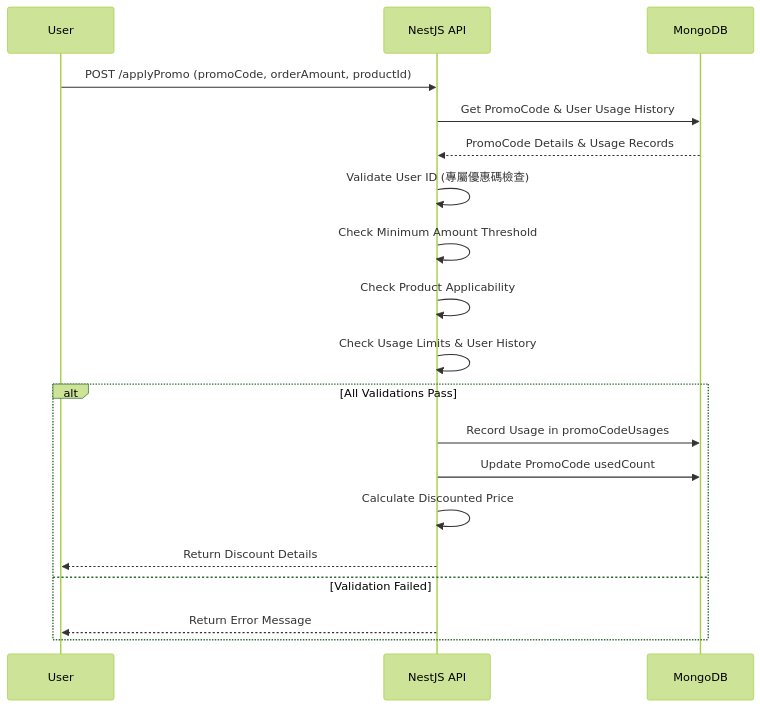
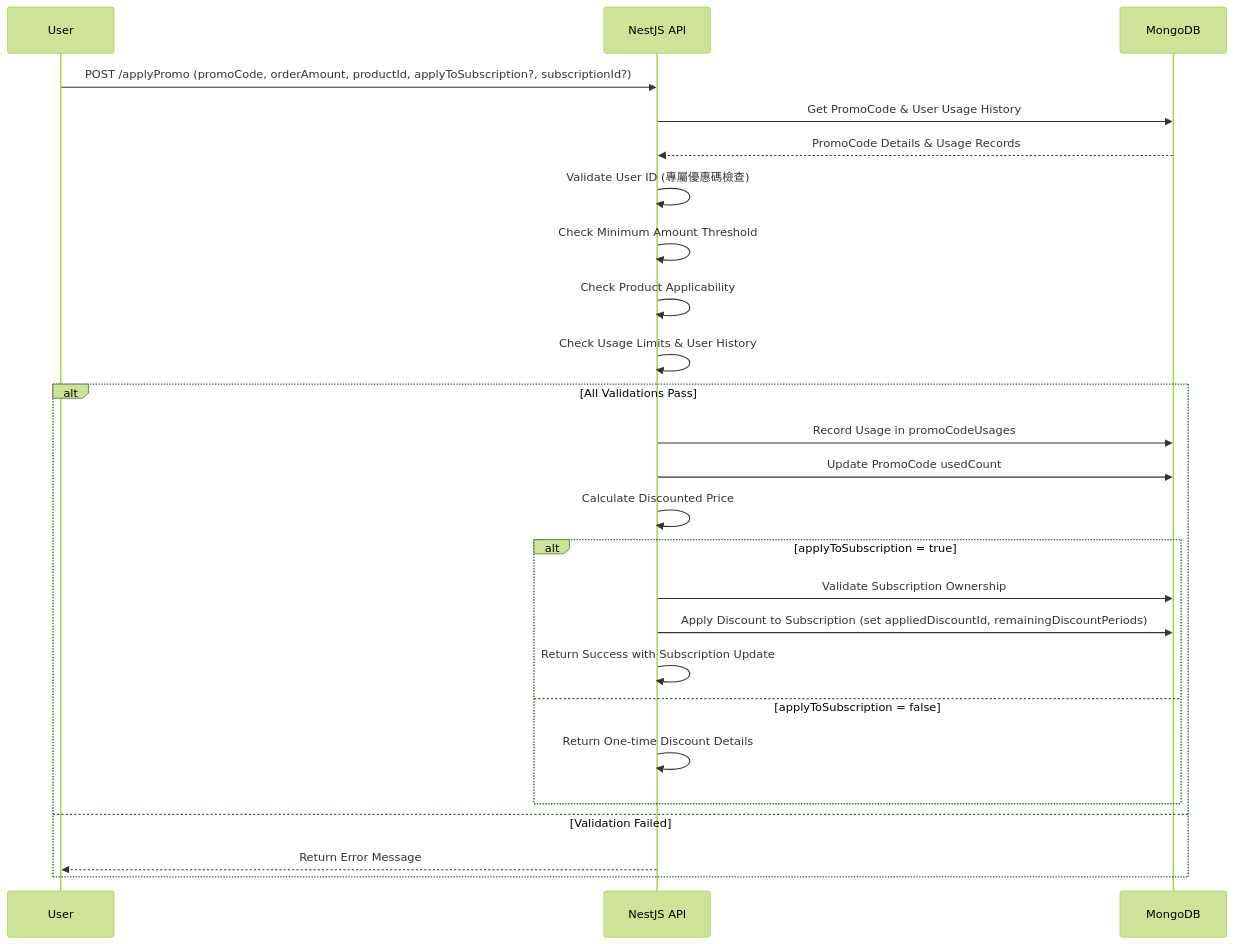
The tenth of 10 diagrams in docs/docs_0_7/billingBot_v0.7.1_system_design.markdown (xxxhand/auto-billing-bot), drawn with Mermaid (forest theme) before and after one commit. The commit also changed other lines of this file and 16 other files, not shown here.

First line of the commit message:
feat: implement API-014 POST /promoCodes/applyPromo with subscription discount support

````diff
--- a/docs/docs_0_7/billingBot_v0.7.1_system_design.markdown
+++ b/docs/docs_0_7/billingBot_v0.7.1_system_design.markdown
@@ -720,22 +762,28 @@
 ```mermaid
 sequenceDiagram
     participant User
     participant API as NestJS API
     participant DB as MongoDB
 
-    User->>API: POST /applyPromo (promoCode, orderAmount, productId)
+    User->>API: POST /applyPromo (promoCode, orderAmount, productId, applyToSubscription?, subscriptionId?)
     API->>DB: Get PromoCode & User Usage History
     DB-->>API: PromoCode Details & Usage Records
     API->>API: Validate User ID (專屬優惠碼檢查)
     API->>API: Check Minimum Amount Threshold
     API->>API: Check Product Applicability
     API->>API: Check Usage Limits & User History
     alt All Validations Pass
         API->>DB: Record Usage in promoCodeUsages
         API->>DB: Update PromoCode usedCount
         API->>API: Calculate Discounted Price
-        API-->>User: Return Discount Details
+        alt applyToSubscription = true
+            API->>DB: Validate Subscription Ownership
+            API->>DB: Apply Discount to Subscription (set appliedDiscountId, remainingDiscountPeriods)
+            API->>API: Return Success with Subscription Update
+        else applyToSubscription = false
+            API->>API: Return One-time Discount Details
+        end
     else Validation Failed
         API-->>User: Return Error Message
     end
 ```
````
